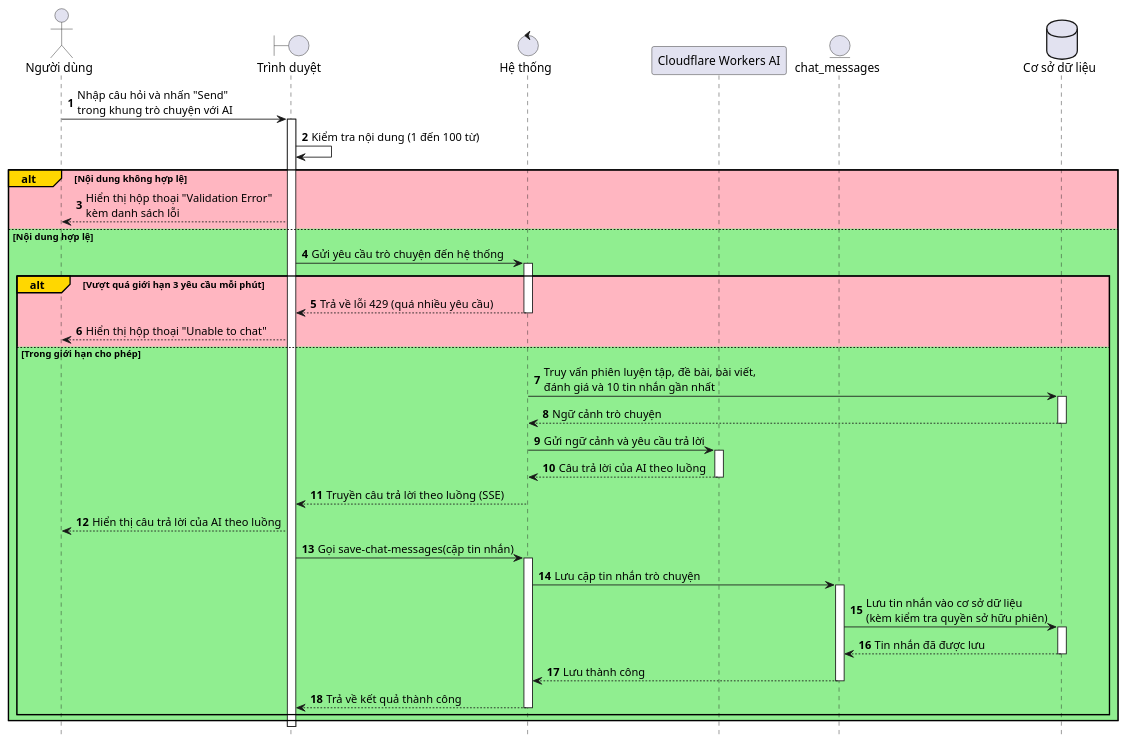
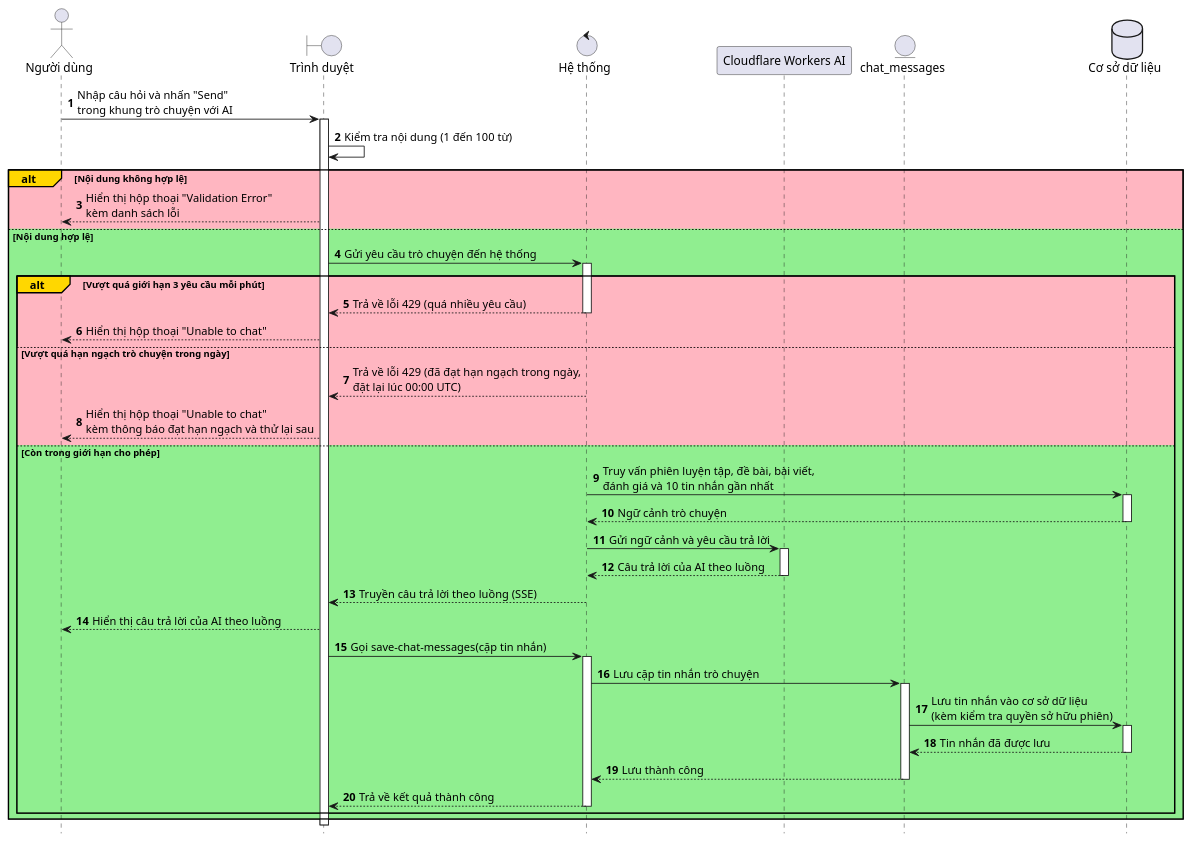
Before and after one commit to ielts-writing-org/ielts-fullstack: the diagram in docs/tro-chuyen-voi-ai.seq.puml, drawn with PlantUML. The commit also changed 4 other files, not shown here.

First line of the commit message:
docs: update diagrams to reflect domain logic and quota constraints

```diff
--- a/docs/tro-chuyen-voi-ai.seq.puml
+++ b/docs/tro-chuyen-voi-ai.seq.puml
@@ -1,43 +1,46 @@
 @startuml Trò chuyện với AI SEQ
 
 skinparam DefaultFontName Segoe UI
 
 hide footbox
 autonumber
 
 actor "Người dùng" as User
 boundary "Trình duyệt" as Browser
 control "Hệ thống" as App
 participant "Cloudflare Workers AI" as AI
 entity "chat_messages" as ChatMessages
 database "Cơ sở dữ liệu" as DB
 
 User -> Browser++: Nhập câu hỏi và nhấn "Send"\ntrong khung trò chuyện với AI
 Browser -> Browser: Kiểm tra nội dung (1 đến 100 từ)
 
 alt#Gold #LightPink Nội dung không hợp lệ
 	Browser --> User: Hiển thị hộp thoại "Validation Error"\nkèm danh sách lỗi
 else #LightGreen Nội dung hợp lệ
 	Browser -> App++: Gửi yêu cầu trò chuyện đến hệ thống
 
 	alt#Gold #LightPink Vượt quá giới hạn 3 yêu cầu mỗi phút
 		App --> Browser--: Trả về lỗi 429 (quá nhiều yêu cầu)
 		Browser --> User: Hiển thị hộp thoại "Unable to chat"
-	else #LightGreen Trong giới hạn cho phép
+	else #LightPink Vượt quá hạn ngạch trò chuyện trong ngày
+		App --> Browser--: Trả về lỗi 429 (đã đạt hạn ngạch trong ngày,\nđặt lại lúc 00:00 UTC)
+		Browser --> User: Hiển thị hộp thoại "Unable to chat"\nkèm thông báo đạt hạn ngạch và thử lại sau
+	else #LightGreen Còn trong giới hạn cho phép
 		App -> DB++: Truy vấn phiên luyện tập, đề bài, bài viết,\nđánh giá và 10 tin nhắn gần nhất
 		DB --> App--: Ngữ cảnh trò chuyện
 		App -> AI++: Gửi ngữ cảnh và yêu cầu trả lời
 		AI --> App--: Câu trả lời của AI theo luồng
 		App --> Browser--: Truyền câu trả lời theo luồng (SSE)
 		Browser --> User: Hiển thị câu trả lời của AI theo luồng
 		Browser -> App++: Gọi save-chat-messages(cặp tin nhắn)
 		App -> ChatMessages++: Lưu cặp tin nhắn trò chuyện
 		ChatMessages -> DB++: Lưu tin nhắn vào cơ sở dữ liệu\n(kèm kiểm tra quyền sở hữu phiên)
 		DB --> ChatMessages--: Tin nhắn đã được lưu
 		ChatMessages --> App--: Lưu thành công
 		App --> Browser--: Trả về kết quả thành công
 	end
 end
 deactivate Browser
 
 @enduml
```
